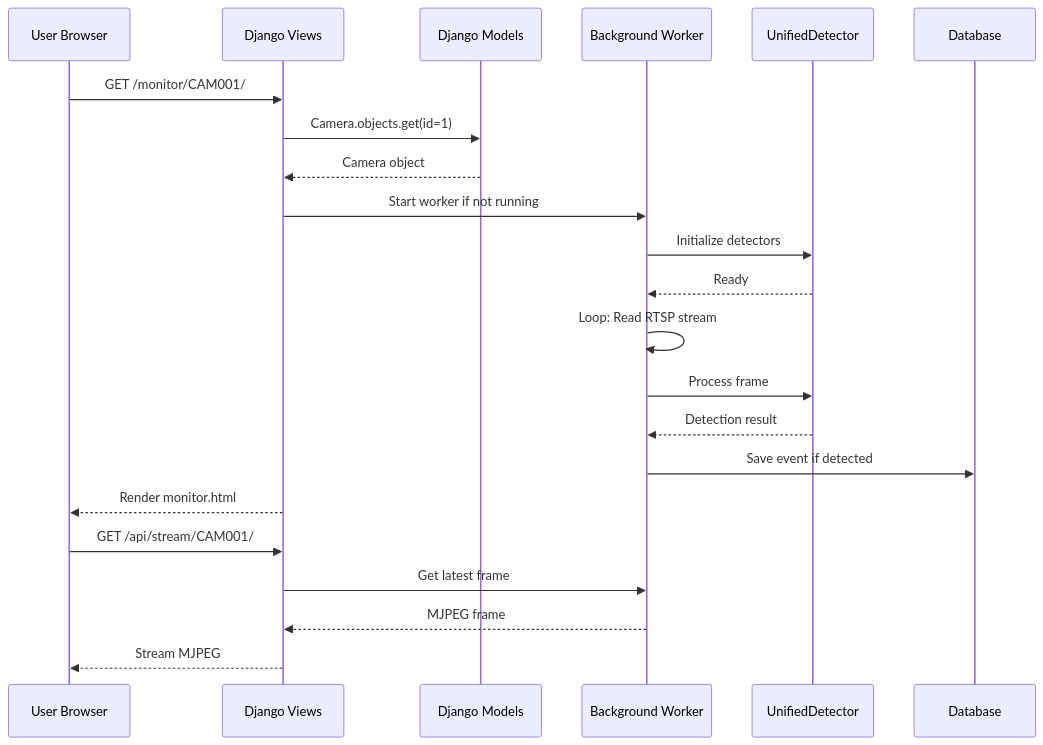
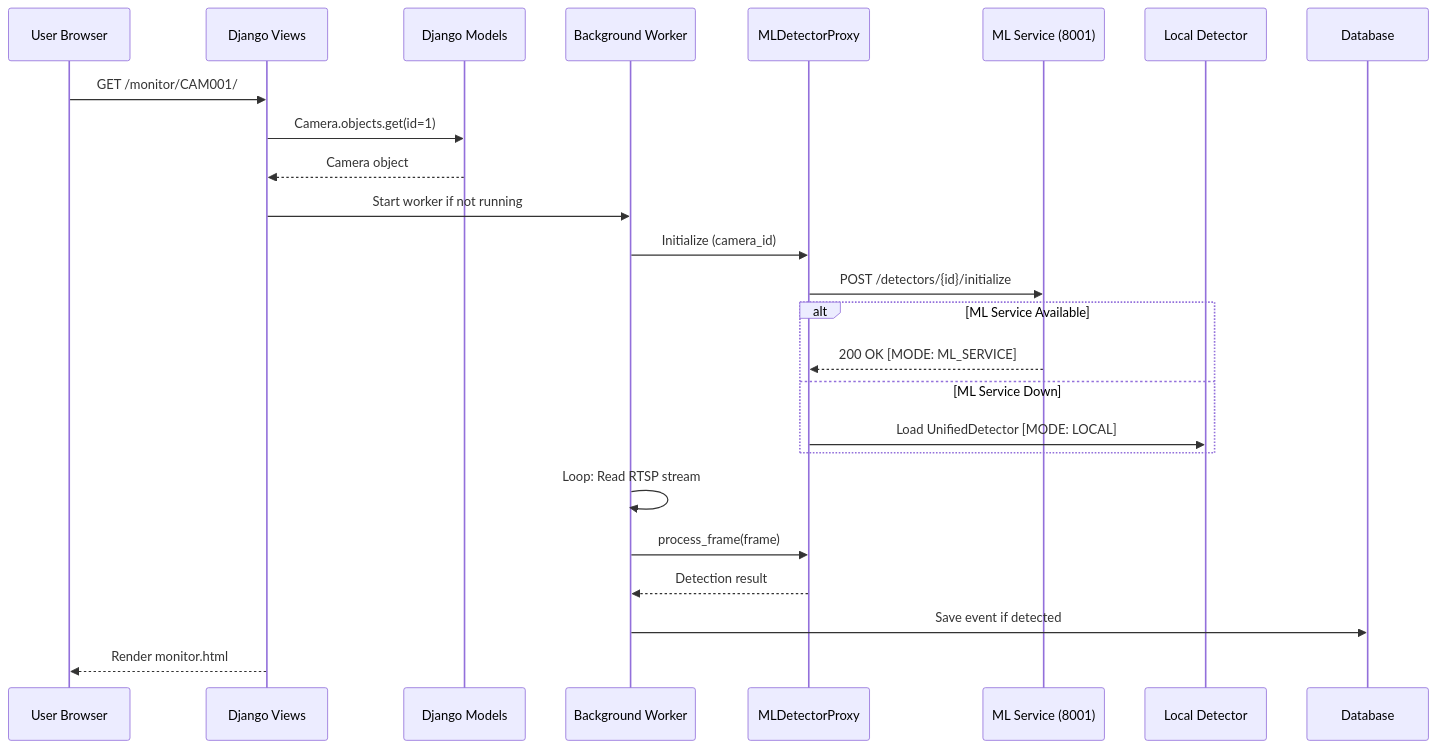
The second of 6 diagrams in docs/01-architecture.md (Loop-Dimension/Hotel-Cash-Detector), drawn with Mermaid before and after one commit. The commit also changed other lines of this file and 7 other files, not shown here.

````diff
--- a/docs/01-architecture.md
+++ b/docs/01-architecture.md
@@ -204,25 +292,28 @@
 ```mermaid
 sequenceDiagram
     participant User as User Browser
     participant Views as Django Views
     participant Models as Django Models
     participant Worker as Background Worker
-    participant Detector as UnifiedDetector
+    participant Proxy as MLDetectorProxy
+    participant ML as ML Service (8001)
+    participant Local as Local Detector
     participant DB as Database
 
     User->>Views: GET /monitor/CAM001/
     Views->>Models: Camera.objects.get(id=1)
     Models-->>Views: Camera object
     Views->>Worker: Start worker if not running
-    Worker->>Detector: Initialize detectors
-    Detector-->>Worker: Ready
+    Worker->>Proxy: Initialize (camera_id)
+    Proxy->>ML: POST /detectors/{id}/initialize
+    alt ML Service Available
+        ML-->>Proxy: 200 OK [MODE: ML_SERVICE]
+    else ML Service Down
+        Proxy->>Local: Load UnifiedDetector [MODE: LOCAL]
+    end
     Worker->>Worker: Loop: Read RTSP stream
-    Worker->>Detector: Process frame
-    Detector-->>Worker: Detection result
+    Worker->>Proxy: process_frame(frame)
+    Proxy-->>Worker: Detection result
     Worker->>DB: Save event if detected
     Views-->>User: Render monitor.html
-    User->>Views: GET /api/stream/CAM001/
-    Views->>Worker: Get latest frame
-    Worker-->>Views: MJPEG frame
-    Views-->>User: Stream MJPEG
 ```
````
